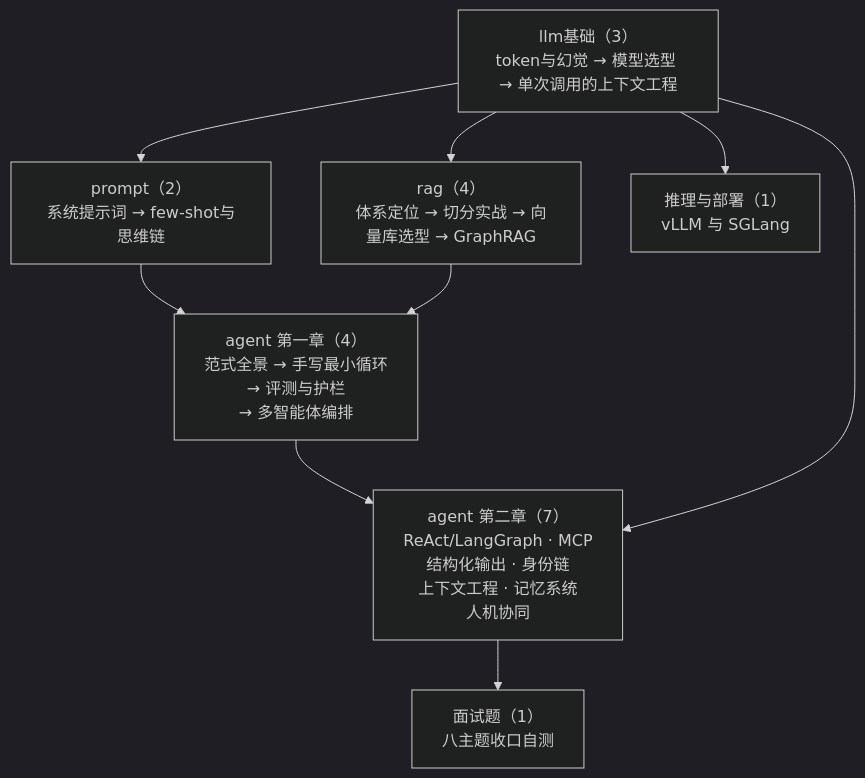
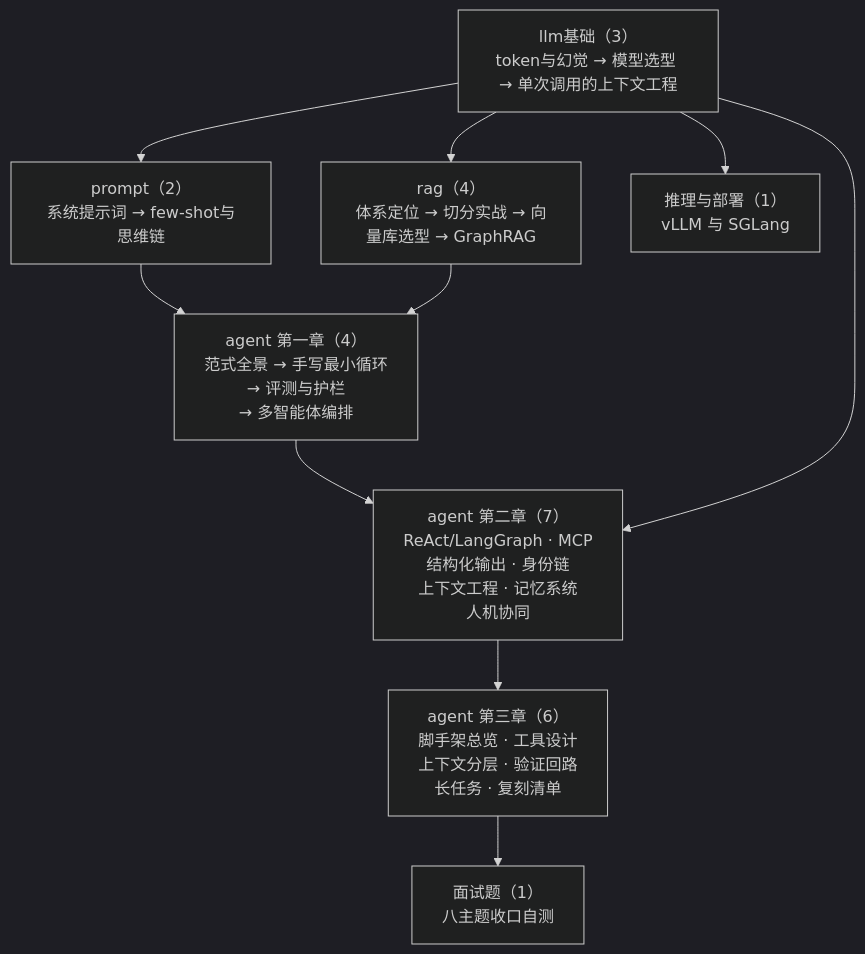
Before and after one commit to Mein-Augenstern/MUYI: the diagram in B-AI工程/README.md, drawn with Mermaid (dark theme). The commit also changed other lines of this file and 9 other files, not shown here.

Commit message:
B轨agent: 第三章「脚手架设计」六篇成章（第 12–17 篇）——总览 / 工具设计 / 上下文分层 / 验证回路 / 长任务 / 复刻清单与面试追问；以 Claude Code 为主样本、Codex 做对照的学习整理篇，数字与英文标识逐个核对过原文；导航同步（agent 导读页三章十七篇、B 轨 24→30 篇、全库 397→403，面试题合集深读表加入口）

````diff
--- a/B-AI工程/README.md
+++ b/B-AI工程/README.md
@@ -9,18 +9,20 @@
 ```mermaid
 flowchart TD
     L["llm基础（3）<br/>token与幻觉 → 模型选型 → 单次调用的上下文工程"]
     P["prompt（2）<br/>系统提示词 → few-shot与思维链"]
     R["rag（4）<br/>体系定位 → 切分实战 → 向量库选型 → GraphRAG"]
     A1["agent 第一章（4）<br/>范式全景 → 手写最小循环<br/>→ 评测与护栏<br/>→ 多智能体编排"]
     A2["agent 第二章（7）<br/>ReAct/LangGraph · MCP<br/>结构化输出 · 身份链<br/>上下文工程 · 记忆系统<br/>人机协同"]
+    A3["agent 第三章（6）<br/>脚手架总览 · 工具设计<br/>上下文分层 · 验证回路<br/>长任务 · 复刻清单"]
     INF["推理与部署（1）<br/>vLLM 与 SGLang"]
     IT["面试题（1）<br/>八主题收口自测"]
     L --> P
     L --> R
     P --> A1
     R --> A1
     A1 --> A2
     L --> A2
-    A2 --> IT
+    A2 --> A3
+    A3 --> IT
     L --> INF
 ```
````
